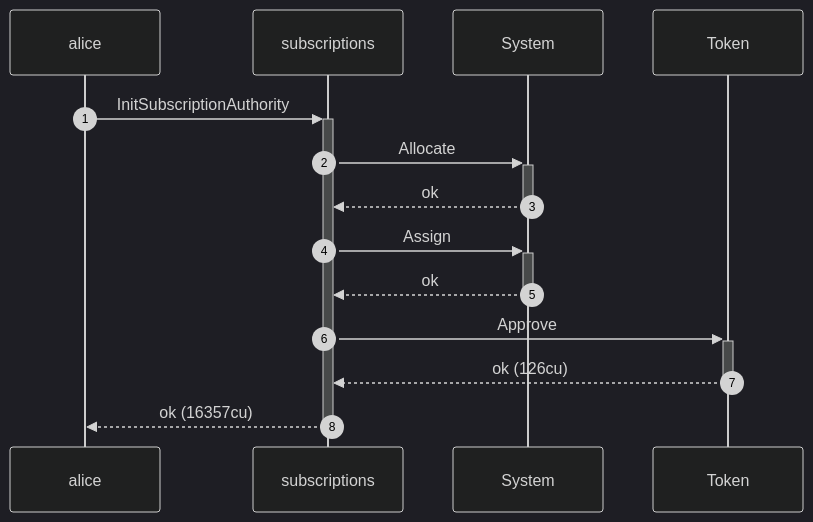
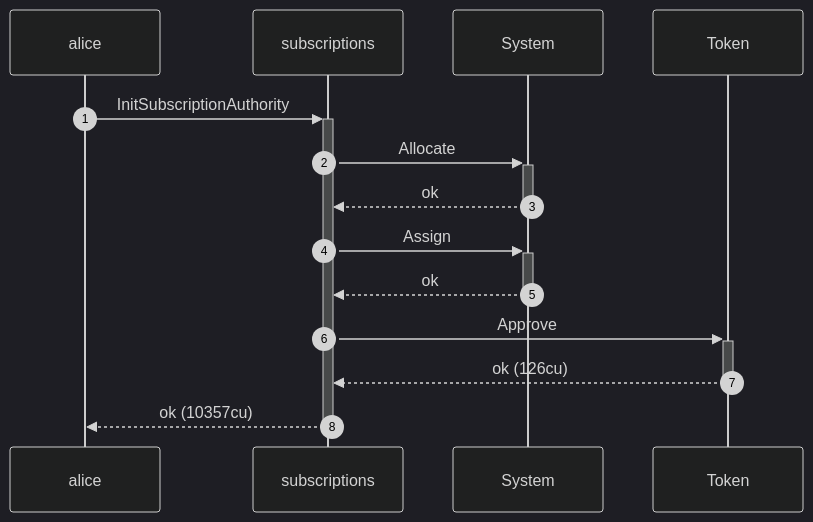
One commit to cds-rs/subscriptions changed the second of 4 diagrams in dsl_tests/survive-an-over-funded-pda.md. Above: the diagram before and after it, drawn with Mermaid (dark theme). The commit also changed other lines of this file and 224 other files, not shown here.

````diff
--- a/dsl_tests/survive-an-over-funded-pda.md
+++ b/dsl_tests/survive-an-over-funded-pda.md
@@ -40,16 +41,16 @@
 ```mermaid
 sequenceDiagram
     autonumber
     participant alice
     participant subscriptions
     participant System
     participant Token
     alice ->>+ subscriptions: InitSubscriptionAuthority
     subscriptions ->>+ System: Allocate
     System -->>- subscriptions: ok
     subscriptions ->>+ System: Assign
     System -->>- subscriptions: ok
     subscriptions ->>+ Token: Approve
     Token -->>- subscriptions: ok (126cu)
-    subscriptions -->>- alice: ok (16357cu)
+    subscriptions -->>- alice: ok (10357cu)
 ```
````
